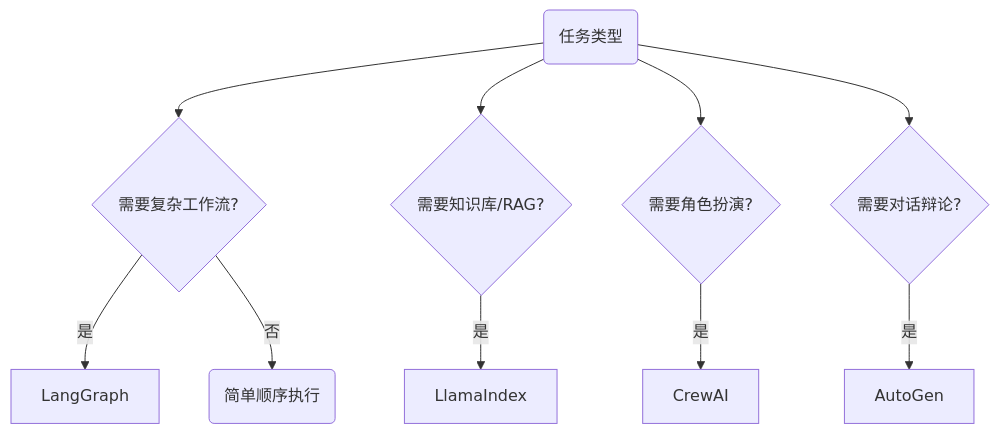
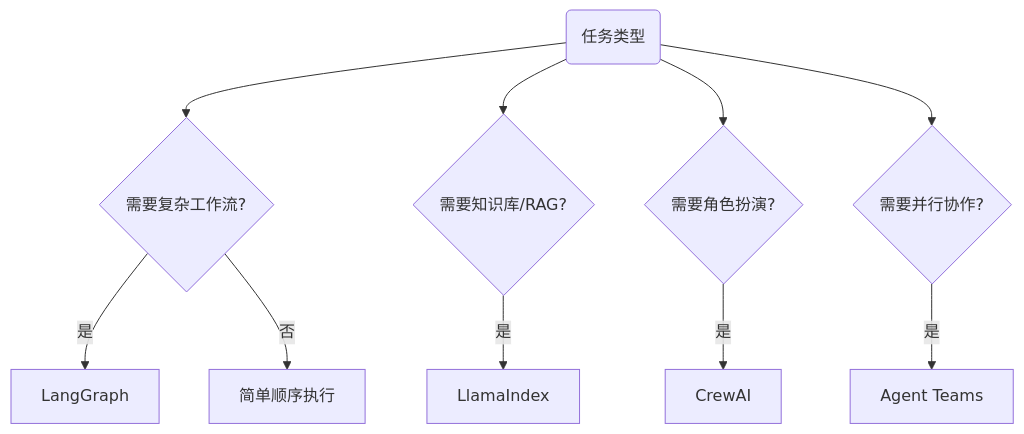
One commit to yiweinanzi/ai-research-ebook changed the diagram in src/content/docs/code/agents.mdx. Above: the diagram before and after it, drawn with Mermaid. The commit also changed other lines of this file and 2 other files, not shown here.

````diff
--- a/src/content/docs/code/agents.mdx
+++ b/src/content/docs/code/agents.mdx
@@ -25,17 +25,14 @@
 ```mermaid
 flowchart TD
     A(任务类型) --> B{需要复杂工作流?}
     A --> C{需要知识库/RAG?}
     A --> D{需要角色扮演?}
-    A --> E{需要对话辩论?}
+    A --> E{需要并行协作?}
 
     B -->|是| F[LangGraph]
-    B -->|否| G(简单顺序执行)
+    B -->|否| G[简单顺序执行]
 
     C -->|是| H[LlamaIndex]
     D -->|是| I[CrewAI]
-    E -->|是| J[AutoGen]
-
-
-
+    E -->|是| J[Agent Teams]
 ```
````
